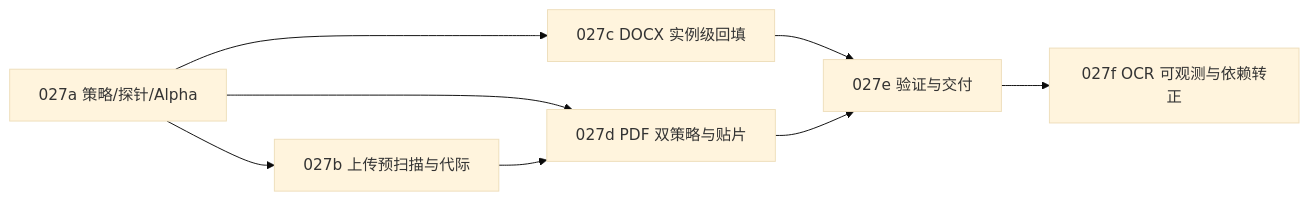
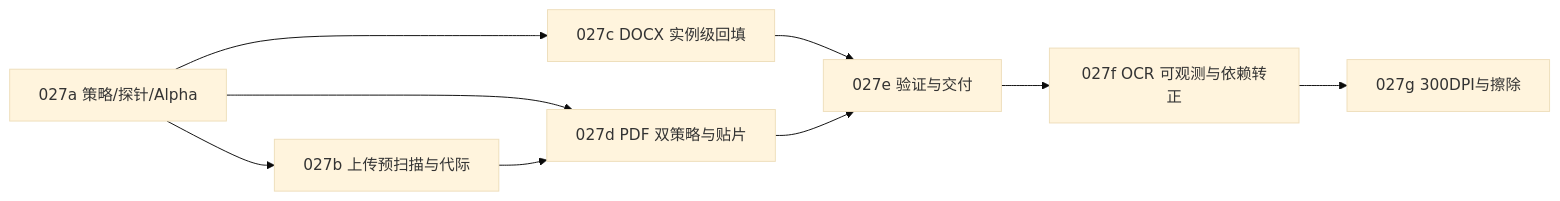
One commit to Charlie780405/Qyunslation changed the diagram in docs/plans/PLAN-027-doc-image-translation/PLAN-027-doc-image-translation.md. Above: the diagram before and after it, drawn with Mermaid (base theme). The commit also changed other lines of this file and 12 other files, not shown here.

````diff
--- a/docs/plans/PLAN-027-doc-image-translation/PLAN-027-doc-image-translation.md
+++ b/docs/plans/PLAN-027-doc-image-translation/PLAN-027-doc-image-translation.md
@@ -22,10 +23,11 @@
 ```mermaid
 flowchart LR
     A[027a 策略/探针/Alpha] --> B[027b 上传预扫描与代际]
     A --> C[027c DOCX 实例级回填]
     A --> D[027d PDF 双策略与贴片]
     B --> D
     C --> E[027e 验证与交付]
     D --> E
     E --> F[027f OCR 可观测与依赖转正]
+    F --> G[027g 300DPI与擦除]
 ```
````
